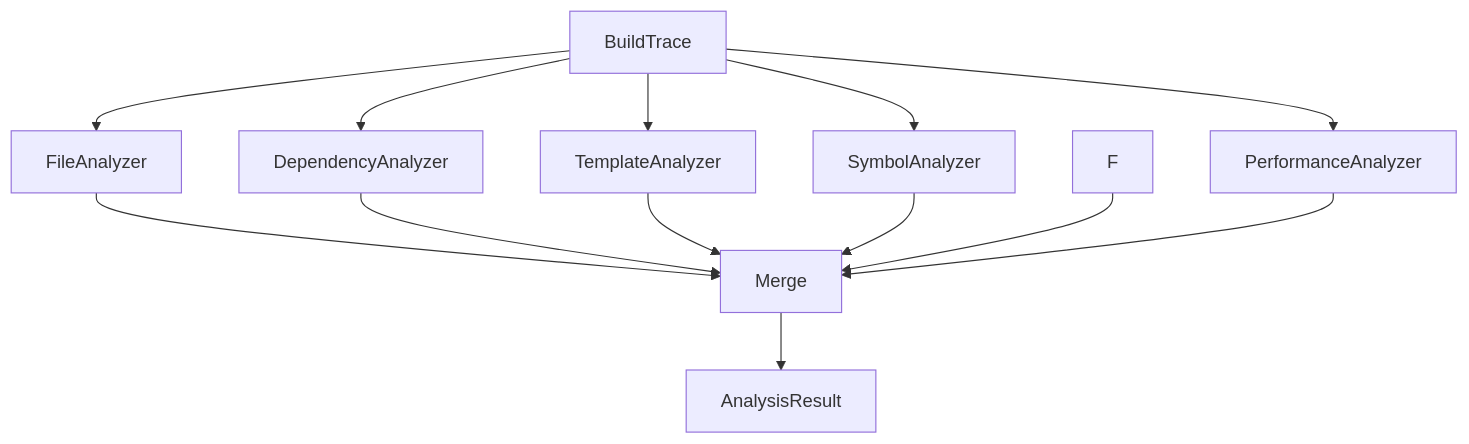
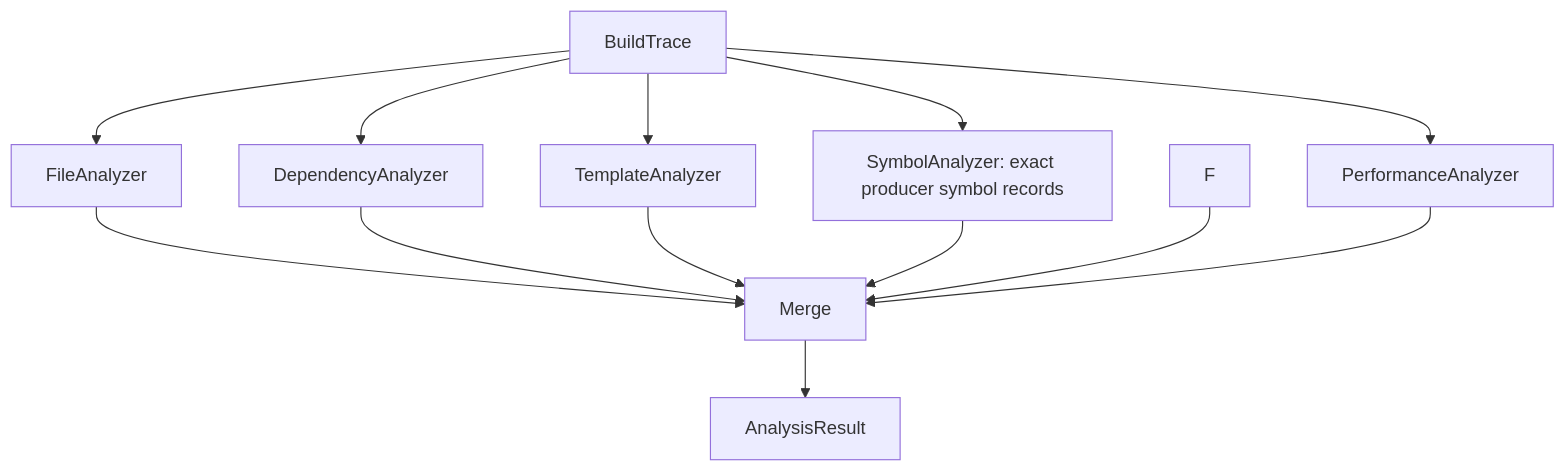
One commit to gregorian-09/build-hotspot-analyzer changed the second of 4 diagrams in docs/architecture.md. Above: the diagram before and after it, drawn with Mermaid. The commit also changed 5 other files, not shown here.

````diff
--- a/docs/architecture.md
+++ b/docs/architecture.md
@@ -111,15 +111,15 @@
 ```mermaid
 flowchart TD
     A[BuildTrace] --> B[FileAnalyzer]
     A --> C[DependencyAnalyzer]
     A --> D[TemplateAnalyzer]
-    A --> E[SymbolAnalyzer]
+    A --> E[SymbolAnalyzer: exact producer symbol records]
     A --> G[PerformanceAnalyzer]
     B --> H[Merge]
     C --> H
     D --> H
     E --> H
     F --> H
     G --> H
     H --> I[AnalysisResult]
 ```
````
